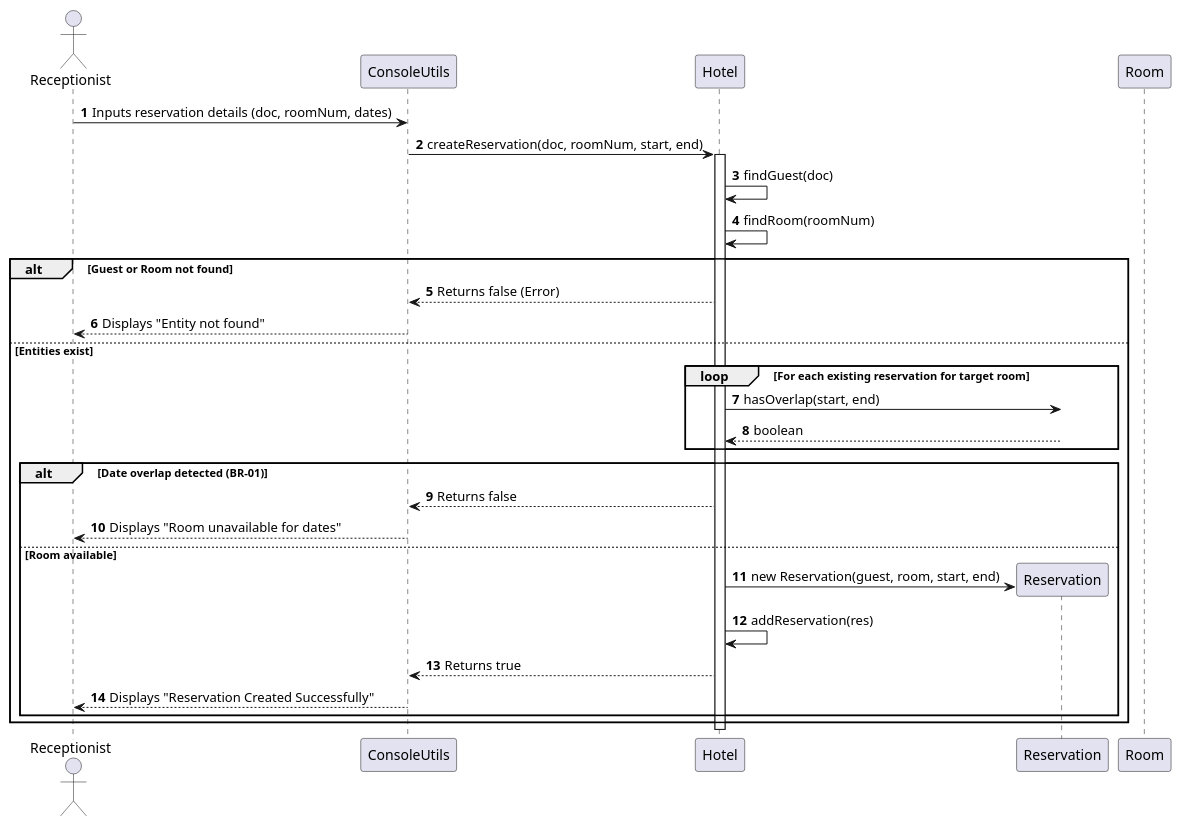
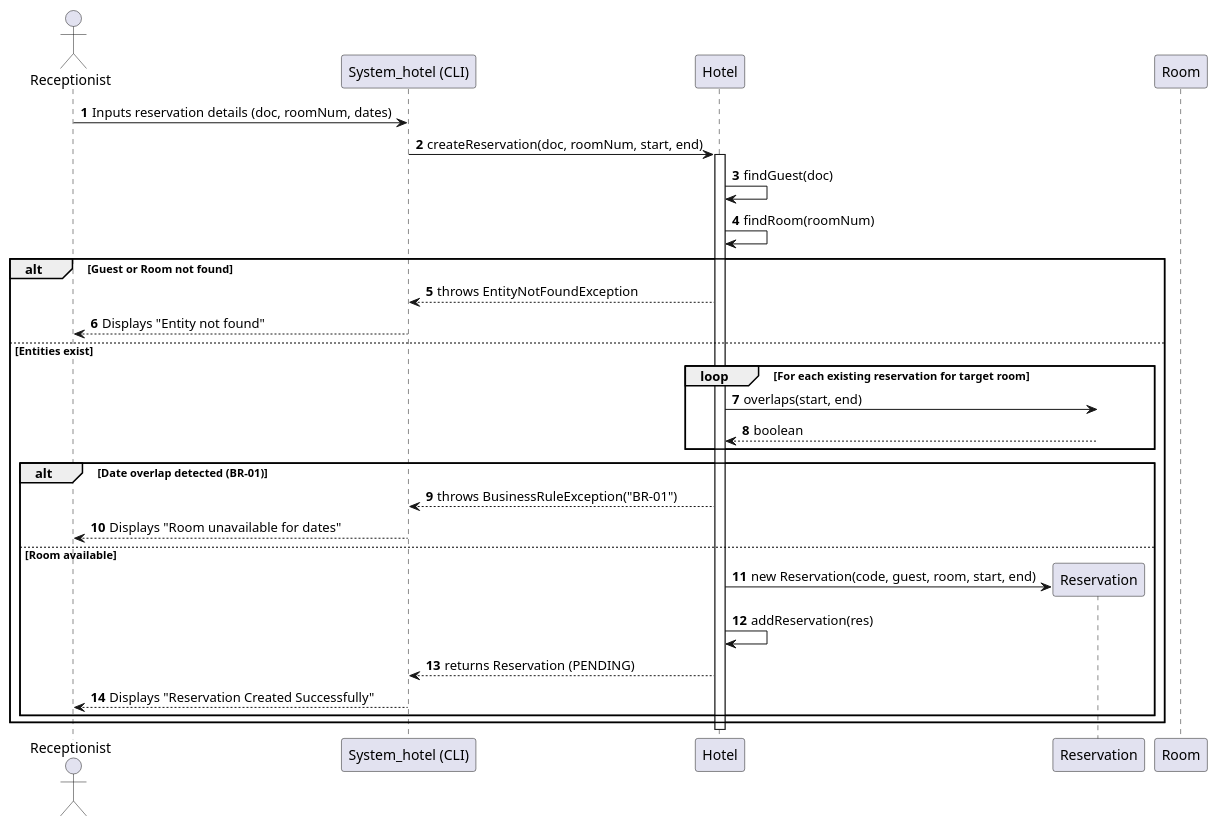
Before and after one commit to Johan117z/Proyect_system_hotel: the third of 4 diagrams in Fase3_Diagramas_UML/UML_DIAGRAMS.md, drawn with PlantUML. The commit also changed other lines of this file, not shown here.

Commit message:
docs(uml): update diagrams to match code

````diff
--- a/Fase3_Diagramas_UML/UML_DIAGRAMS.md
+++ b/Fase3_Diagramas_UML/UML_DIAGRAMS.md
@@ -148,39 +200,39 @@
 ```plantuml
 @startuml
 autonumber
 actor Receptionist as Recep
-participant "ConsoleUtils" as CLI
+participant "System_hotel (CLI)" as CLI
 participant "Hotel" as Hotel
 participant "Reservation" as Res
 participant "Room" as Room
 
 Recep -> CLI : Inputs reservation details (doc, roomNum, dates)
 CLI -> Hotel : createReservation(doc, roomNum, start, end)
 activate Hotel
 
 Hotel -> Hotel : findGuest(doc)
 Hotel -> Hotel : findRoom(roomNum)
 
 alt Guest or Room not found
-    Hotel --> CLI : Returns false (Error)
+    Hotel --> CLI : throws EntityNotFoundException
     CLI --> Recep : Displays "Entity not found"
 else Entities exist
     loop For each existing reservation for target room
-        Hotel -> Res : hasOverlap(start, end)
+        Hotel -> Res : overlaps(start, end)
         Res --> Hotel : boolean
     end
 
     alt Date overlap detected (BR-01)
-        Hotel --> CLI : Returns false
+        Hotel --> CLI : throws BusinessRuleException("BR-01")
         CLI --> Recep : Displays "Room unavailable for dates"
     else Room available
         create Res
-        Hotel -> Res : new Reservation(guest, room, start, end)
+        Hotel -> Res : new Reservation(code, guest, room, start, end)
         Hotel -> Hotel : addReservation(res)
-        Hotel --> CLI : Returns true
+        Hotel --> CLI : returns Reservation (PENDING)
         CLI --> Recep : Displays "Reservation Created Successfully"
     end
 end
 deactivate Hotel
 @enduml
 ```
````
